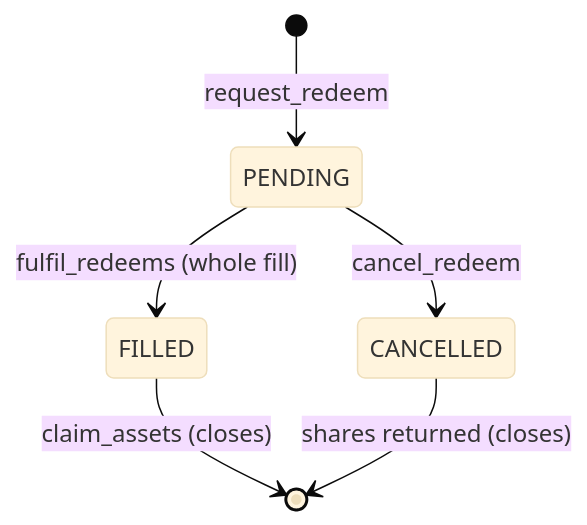
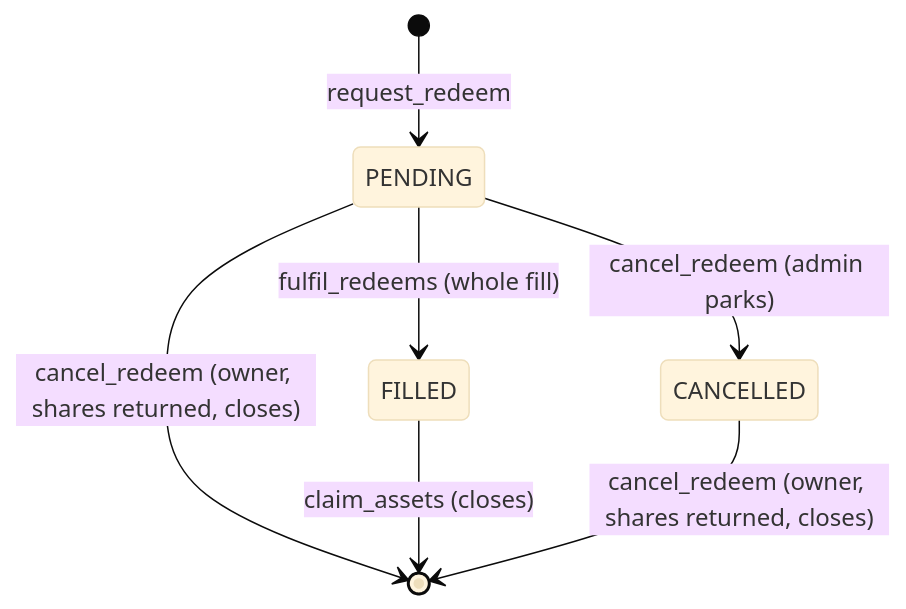
Before and after one commit to mutav-finance/mutav-protocol-solana: the second of 2 diagrams in docs/for-capital-providers/deposits-and-redemptions.md, drawn with Mermaid (base theme). The commit also changed other lines of this file and 31 other files, not shown here.

First line of the commit message:
docs: admin cancel parks (ADR 0030); approve_claim is live

````diff
--- a/docs/for-capital-providers/deposits-and-redemptions.md
+++ b/docs/for-capital-providers/deposits-and-redemptions.md
@@ -52,8 +52,9 @@
 ```mermaid
 stateDiagram-v2
     [*] --> PENDING: request_redeem
     PENDING --> FILLED: fulfil_redeems (whole fill)
-    PENDING --> CANCELLED: cancel_redeem
+    PENDING --> [*]: cancel_redeem (owner, shares returned, closes)
+    PENDING --> CANCELLED: cancel_redeem (admin parks)
     FILLED --> [*]: claim_assets (closes)
-    CANCELLED --> [*]: shares returned (closes)
+    CANCELLED --> [*]: cancel_redeem (owner, shares returned, closes)
 ```
````
